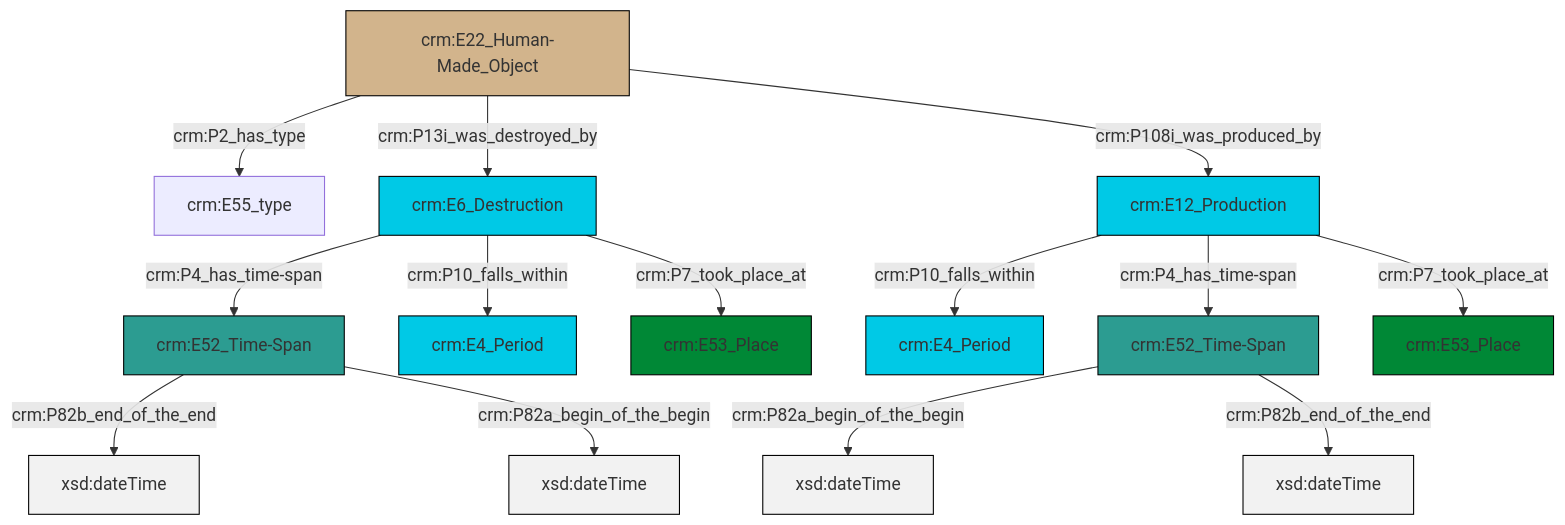
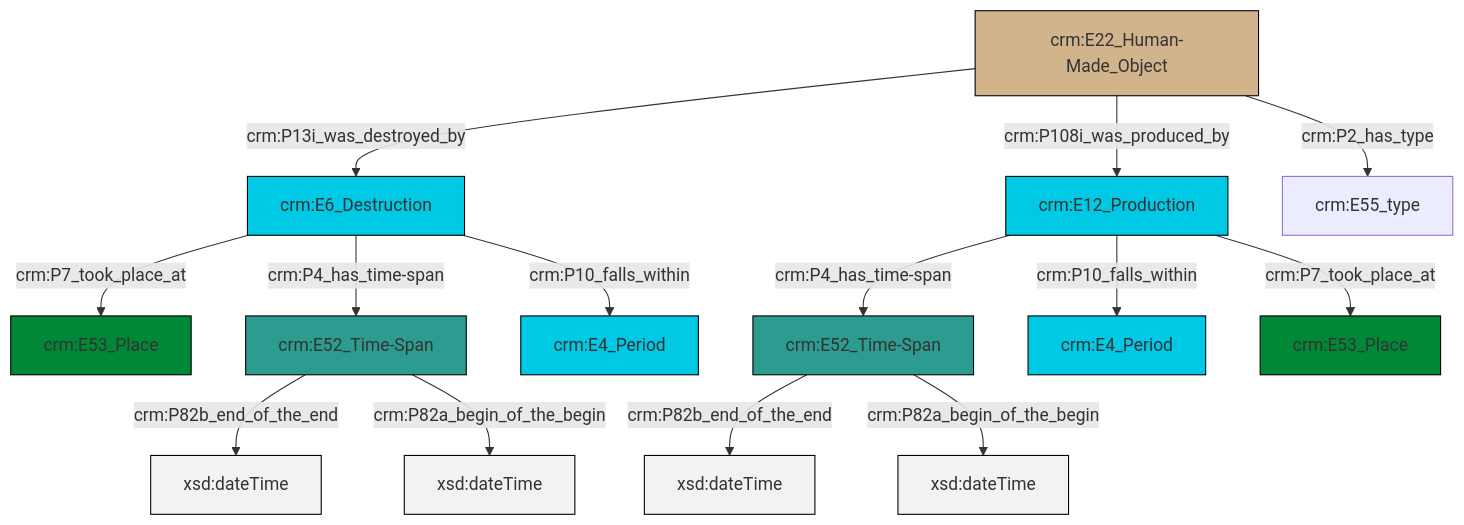
Before and after one commit to swiss-art-research-net/reference-data-models: the diagram in et/artworkCSV/ttl/mmd/Artwork_Existence.ttl.mmd, drawn with Mermaid. The commit also changed 128 other files, not shown here.

```diff
--- a/et/artworkCSV/ttl/mmd/Artwork_Existence.ttl.mmd
+++ b/et/artworkCSV/ttl/mmd/Artwork_Existence.ttl.mmd
@@ -1,28 +1,28 @@
 graph TD
 classDef Literal fill:#f2f2f2,stroke:#000000;
 classDef CRM_Entity fill:#FFFFFF,stroke:#000000;
 classDef Temporal_Entity fill:#00C9E6, stroke:#000000;
 classDef Type fill:#E18312, stroke:#000000;
 classDef Time-Span fill:#2C9C91, stroke:#000000;
 classDef Appellation fill:#FFEB7F, stroke:#000000;
 classDef Place fill:#008836, stroke:#000000;
 classDef Persistent_Item fill:#B266B2, stroke:#000000;
 classDef Conceptual_Object fill:#FFD700, stroke:#000000;
 classDef Physical_Thing fill:#D2B48C, stroke:#000000;
 classDef Actor fill:#f58aad, stroke:#000000;
 classDef PC_Classes fill:#4ce600, stroke:#000000;
 classDef Multi fill:#cccccc,stroke:#000000;
 
-0["crm:E12_Production"]:::Temporal_Entity -->|crm:P10_falls_within| 1["crm:E4_Period"]:::Temporal_Entity
-2["crm:E6_Destruction"]:::Temporal_Entity -->|crm:P4_has_time-span| 3["crm:E52_Time-Span"]:::Time-Span
-2["crm:E6_Destruction"]:::Temporal_Entity -->|crm:P10_falls_within| 5["crm:E4_Period"]:::Temporal_Entity
-0["crm:E12_Production"]:::Temporal_Entity -->|crm:P4_has_time-span| 8["crm:E52_Time-Span"]:::Time-Span
+0["crm:E22_Human-Made_Object"]:::Physical_Thing -->|crm:P13i_was_destroyed_by| 1["crm:E6_Destruction"]:::Temporal_Entity
+0["crm:E22_Human-Made_Object"]:::Physical_Thing -->|crm:P108i_was_produced_by| 2["crm:E12_Production"]:::Temporal_Entity
+1["crm:E6_Destruction"]:::Temporal_Entity -->|crm:P7_took_place_at| 6["crm:E53_Place"]:::Place
+7["crm:E52_Time-Span"]:::Time-Span -->|crm:P82b_end_of_the_end| 8[xsd:dateTime]:::Literal
 3["crm:E52_Time-Span"]:::Time-Span -->|crm:P82b_end_of_the_end| 9[xsd:dateTime]:::Literal
-8["crm:E52_Time-Span"]:::Time-Span -->|crm:P82a_begin_of_the_begin| 12[xsd:dateTime]:::Literal
-3["crm:E52_Time-Span"]:::Time-Span -->|crm:P82a_begin_of_the_begin| 15[xsd:dateTime]:::Literal
-2["crm:E6_Destruction"]:::Temporal_Entity -->|crm:P7_took_place_at| 6["crm:E53_Place"]:::Place
-0["crm:E12_Production"]:::Temporal_Entity -->|crm:P7_took_place_at| 13["crm:E53_Place"]:::Place
-10["crm:E22_Human-Made_Object"]:::Physical_Thing -->|crm:P2_has_type| 17["crm:E55_type"]:::Default
-10["crm:E22_Human-Made_Object"]:::Physical_Thing -->|crm:P13i_was_destroyed_by| 2["crm:E6_Destruction"]:::Temporal_Entity
-10["crm:E22_Human-Made_Object"]:::Physical_Thing -->|crm:P108i_was_produced_by| 0["crm:E12_Production"]:::Temporal_Entity
-8["crm:E52_Time-Span"]:::Time-Span -->|crm:P82b_end_of_the_end| 22[xsd:dateTime]:::Literal
+1["crm:E6_Destruction"]:::Temporal_Entity -->|crm:P4_has_time-span| 7["crm:E52_Time-Span"]:::Time-Span
+7["crm:E52_Time-Span"]:::Time-Span -->|crm:P82a_begin_of_the_begin| 10[xsd:dateTime]:::Literal
+1["crm:E6_Destruction"]:::Temporal_Entity -->|crm:P10_falls_within| 11["crm:E4_Period"]:::Temporal_Entity
+2["crm:E12_Production"]:::Temporal_Entity -->|crm:P4_has_time-span| 3["crm:E52_Time-Span"]:::Time-Span
+2["crm:E12_Production"]:::Temporal_Entity -->|crm:P10_falls_within| 16["crm:E4_Period"]:::Temporal_Entity
+0["crm:E22_Human-Made_Object"]:::Physical_Thing -->|crm:P2_has_type| 17["crm:E55_type"]:::Default
+3["crm:E52_Time-Span"]:::Time-Span -->|crm:P82a_begin_of_the_begin| 19[xsd:dateTime]:::Literal
+2["crm:E12_Production"]:::Temporal_Entity -->|crm:P7_took_place_at| 14["crm:E53_Place"]:::Place
```
